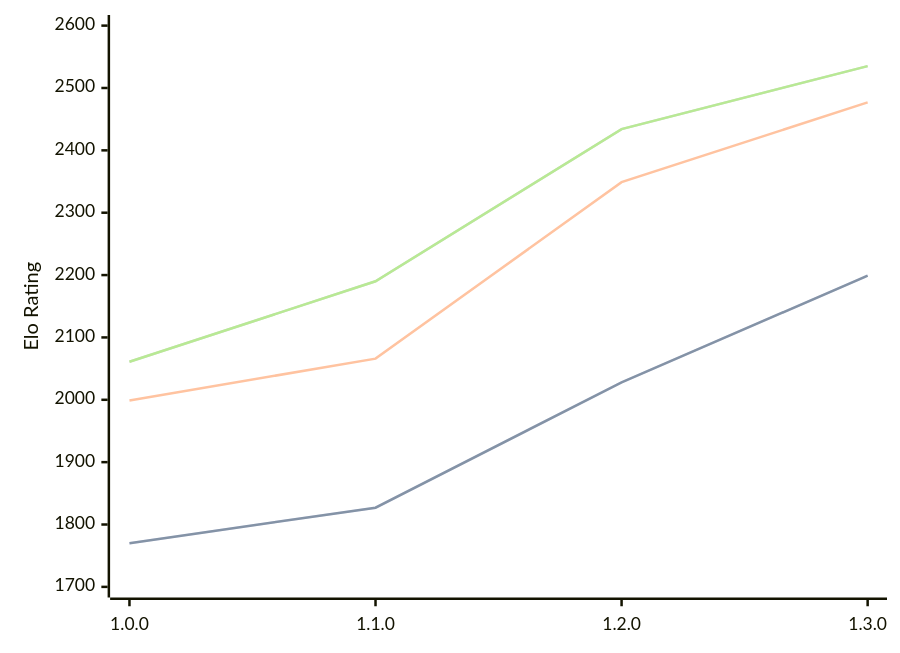
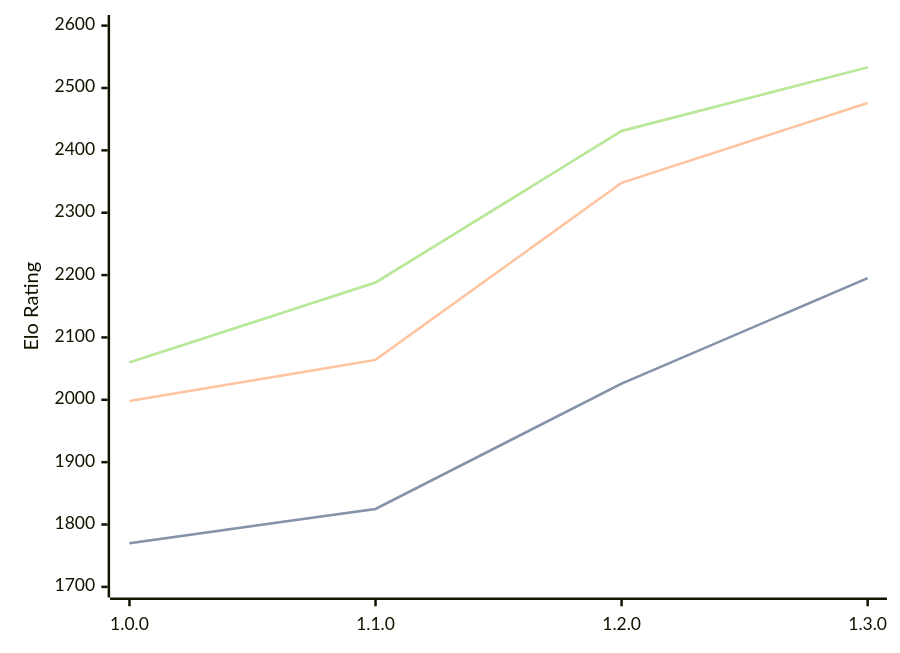
One commit to computer-chess-index/cci changed the diagram in engines/Anodos.md. Above: the diagram before and after it, drawn with Mermaid. The commit also changed other lines of this file, not shown here.

Commit message:
Update CCI Ratings (ELO VLTC) - 2026-04-24

````diff
--- a/engines/Anodos.md
+++ b/engines/Anodos.md
@@ -45,11 +45,11 @@
 ```mermaid
 %%{init: {"theme":"base","themeVariables":{"seriesColors:['#a3a3a3','#222221','#faa371']}}}%%
 xychart-beta
   x-axis ["1.0.0", "1.1.0", "1.2.0", "1.3.0"]
   y-axis "Elo Rating" 1700 --> 2600
-  line "STC (8.0+0.08s)" [1770, 1827, 2028, 2199]
-  line "STC (8.0+0.08s)" [1770, 1827, 2028, 2199]
-  line "LTC (60.0+0.60s)" [1999, 2066, 2349, 2477]
-  line "VLTC (2m24s+1.12s)" [2061, 2190, 2434, 2535]
-  line "VLTC (2m24s+1.12s)" [2061, 2190, 2434, 2535]
+  line "STC (8.0+0.08s)" [1770, 1825, 2026, 2195]
+  line "STC (8.0+0.08s)" [1770, 1825, 2026, 2195]
+  line "LTC (60.0+0.60s)" [1998, 2064, 2348, 2476]
+  line "VLTC (2m24s+1.12s)" [2060, 2188, 2431, 2533]
+  line "VLTC (2m24s+1.12s)" [2060, 2188, 2431, 2533]
 ```
````
